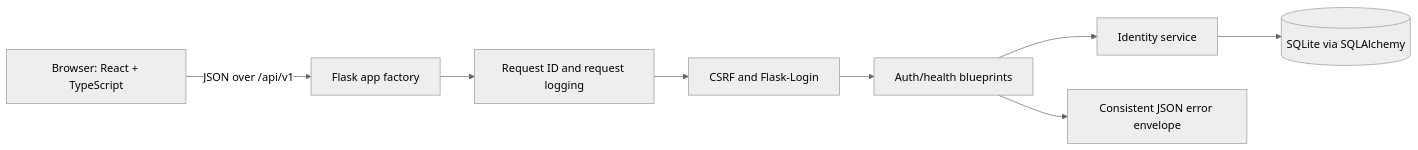
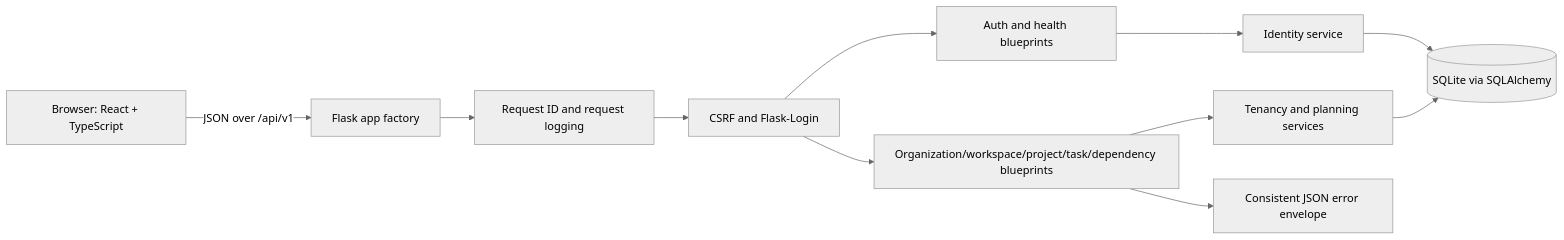
The first of 3 diagrams in docs/project-report-brief.md (MorphIsDed/Project-Pulse), drawn with Mermaid (neutral theme) before and after one commit. The commit also changed other lines of this file and 54 other files, not shown here.

````diff
--- a/docs/project-report-brief.md
+++ b/docs/project-report-brief.md
@@ -143,10 +150,13 @@
 ```mermaid
 flowchart LR
     B[Browser: React + TypeScript] -->|JSON over /api/v1| F[Flask app factory]
     F --> R[Request ID and request logging]
     R --> C[CSRF and Flask-Login]
-    C --> A[Auth/health blueprints]
-    A --> S[Identity service]
-    S --> D[(SQLite via SQLAlchemy)]
-    A --> E[Consistent JSON error envelope]
+    C --> A[Auth and health blueprints]
+    C --> T[Organization/workspace/project/task/dependency blueprints]
+    A --> I[Identity service]
+    T --> S[Tenancy and planning services]
+    I --> D[(SQLite via SQLAlchemy)]
+    S --> D
+    T --> E[Consistent JSON error envelope]
 ```
````
